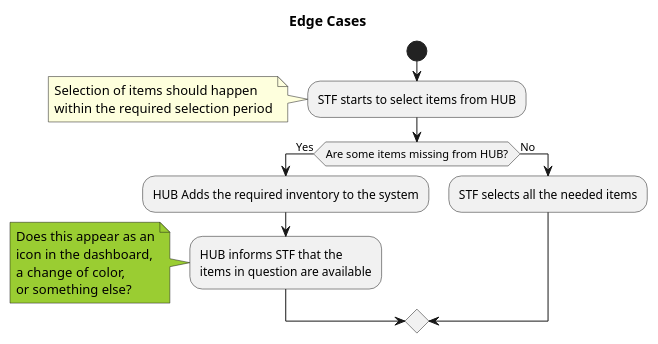
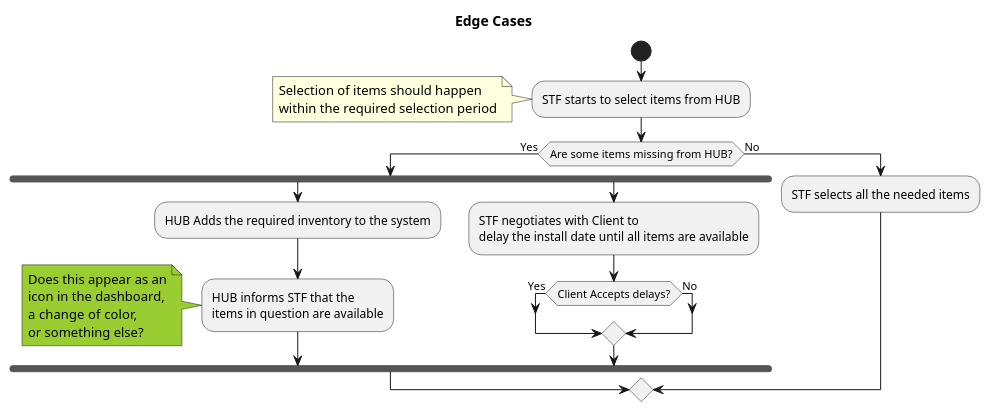
One commit to jpgacrama/NovariSpecs changed the diagram in EdgeCases/Edge_LackOfAvailableInventory.pu. Above: the diagram before and after it, drawn with PlantUML.

Commit message:
Edge Cases: STF negotiates delays to customer

```diff
--- a/EdgeCases/Edge_LackOfAvailableInventory.pu
+++ b/EdgeCases/Edge_LackOfAvailableInventory.pu
@@ -5,26 +5,35 @@
 @startuml
     title Edge Cases
     start
     
     :STF starts to select items from HUB;
     note
         Selection of items should happen
         within the required selection period
     end note
 
     if (Are some items missing from HUB?) then (Yes)
-        :HUB Adds the required inventory to the system;
-        :HUB informs STF that the
-        items in question are available;
+        fork
+            :HUB Adds the required inventory to the system;
+            :HUB informs STF that the
+            items in question are available;
+            note #YellowGreen
+                Does this appear as an
+                icon in the dashboard,
+                a change of color, 
+                or something else?
+            end note
+        fork again
+            :STF negotiates with Client to
+            delay the install date until all items are available;
 
-        note #YellowGreen
-            Does this appear as an
-            icon in the dashboard,
-            a change of color, 
-            or something else?
-        end note
+            if (Client Accepts delays?) then (Yes)
+            else (No)
+            endif
+        end fork
+
     else (No)
         :STF selects all the needed items;
     endif
 
 @enduml
```
